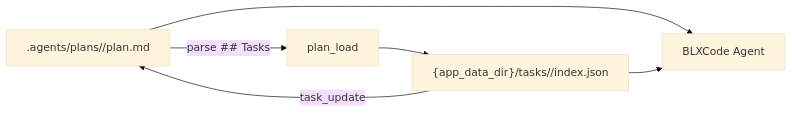
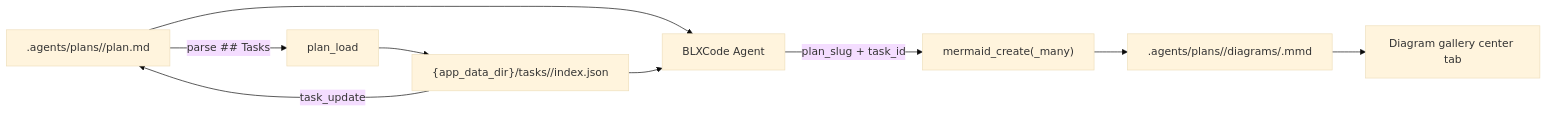
Before and after one commit to Bitslix/BLXCode: the diagram in docs/user/plans.md, drawn with Mermaid (base theme). The commit also changed other lines of this file and 12 other files, not shown here.

First line of the commit message:
Enhance documentation for Tauri IPC, agent providers, appearance themes, file preview, getting started, keyboard shortcuts, memory and tasks, plans, settings, and workspaces.

````diff
--- a/docs/user/plans.md
+++ b/docs/user/plans.md
@@ -166,12 +207,18 @@
 ```mermaid
 flowchart LR
   PlanMd[".agents/plans/<slug>/plan.md"]
   PlanLoad[plan_load]
   TaskJson["{app_data_dir}/tasks/<workspace_hash>/index.json"]
   Agent[BLXCode Agent]
+  Diagram[".agents/plans/<slug>/diagrams/<id>.mmd"]
+  MmdTools["mermaid_create(_many)"]
+  Gallery[Diagram gallery center tab]
   PlanMd -->|parse ## Tasks| PlanLoad
   PlanLoad --> TaskJson
   TaskJson -->|task_update| PlanMd
   PlanMd --> Agent
   TaskJson --> Agent
+  Agent -->|plan_slug + task_id| MmdTools
+  MmdTools --> Diagram
+  Diagram --> Gallery
 ```
````
